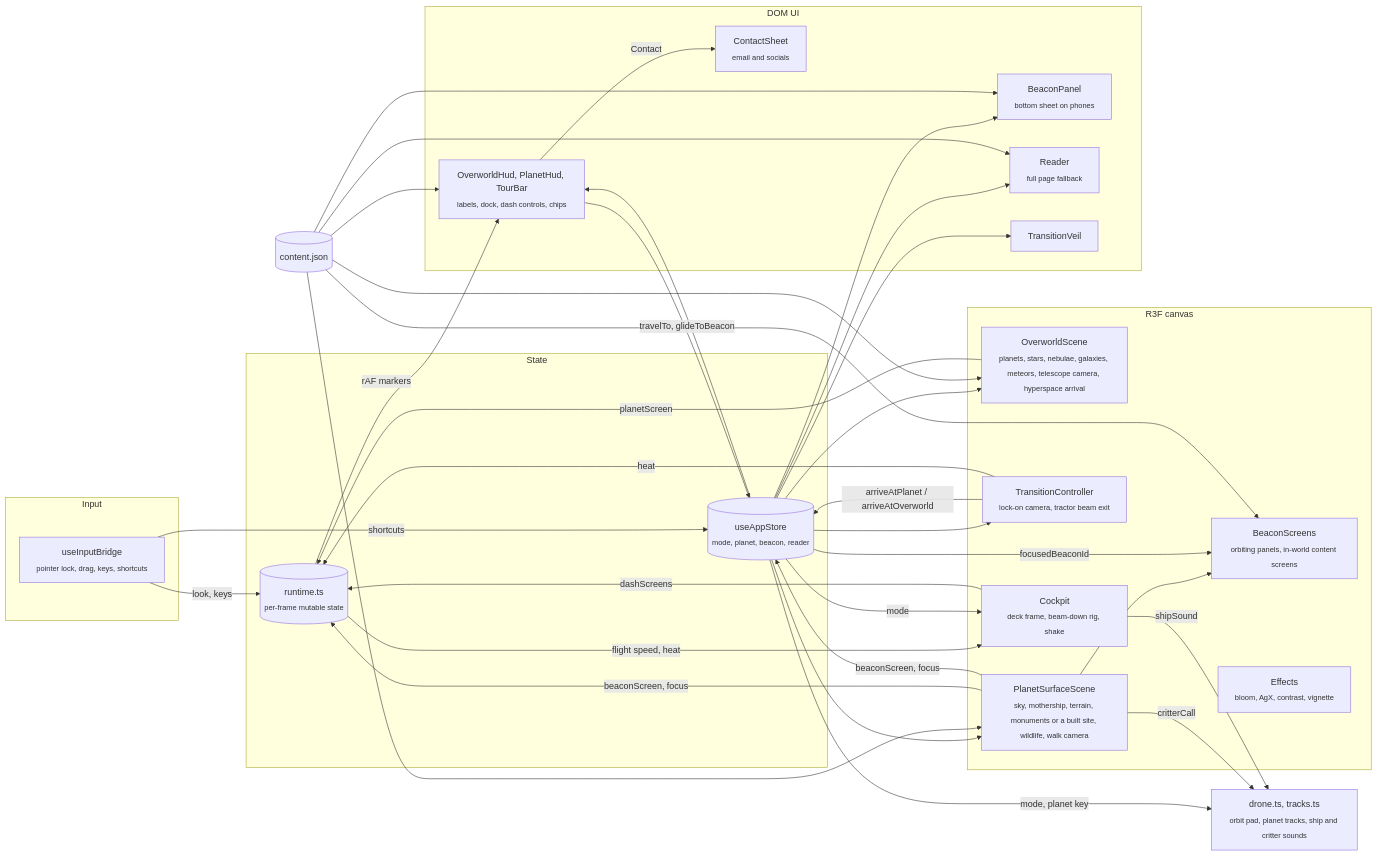
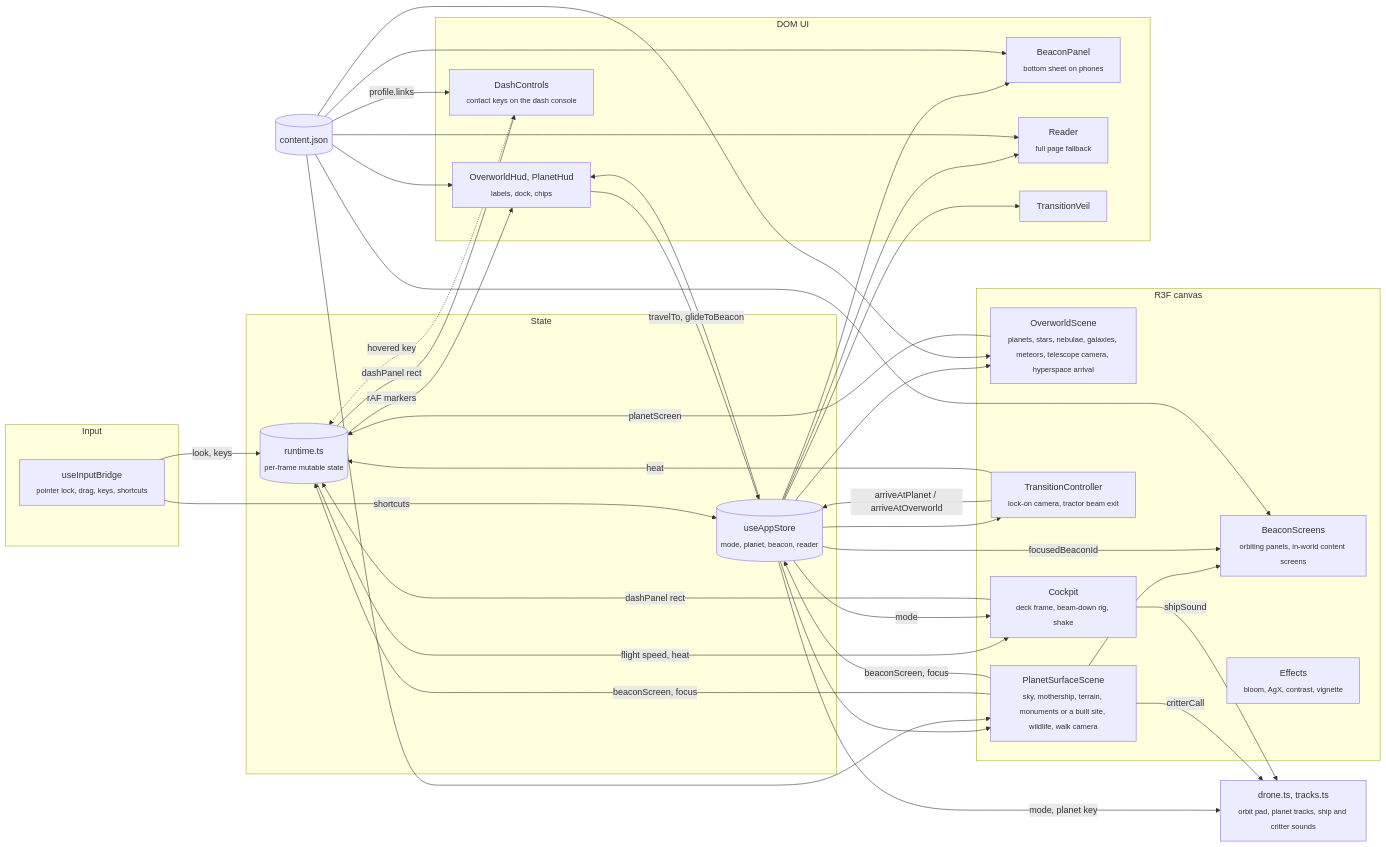
One commit to teddycitrus/portfolio changed the first of 2 diagrams in README.md. Above: the diagram before and after it, drawn with Mermaid. The commit also changed other lines of this file and 16 other files, not shown here.

Commit message:
added contact console with logo keys and resume, removed tour

````diff
--- a/README.md
+++ b/README.md
@@ -19,47 +19,49 @@
 ```mermaid
 flowchart LR
   subgraph Input
     bridge["useInputBridge<br/><sub>pointer lock, drag, keys, shortcuts</sub>"]
   end
   subgraph State
     store[("useAppStore<br/><sub>mode, planet, beacon, reader</sub>")]
     runtime[("runtime.ts<br/><sub>per-frame mutable state</sub>")]
   end
   subgraph Canvas["R3F canvas"]
     overworld["OverworldScene<br/><sub>planets, stars, nebulae, galaxies, meteors, telescope camera, hyperspace arrival</sub>"]
     surface["PlanetSurfaceScene<br/><sub>sky, mothership, terrain, monuments or a built site, wildlife, walk camera</sub>"]
     screens["BeaconScreens<br/><sub>orbiting panels, in-world content screens</sub>"]
     transition["TransitionController<br/><sub>lock-on camera, tractor beam exit</sub>"]
     ship["Cockpit<br/><sub>deck frame, beam-down rig, shake</sub>"]
     fx["Effects<br/><sub>bloom, AgX, contrast, vignette</sub>"]
   end
   subgraph DOM["DOM UI"]
-    hud["OverworldHud, PlanetHud, TourBar<br/><sub>labels, dock, dash controls, chips</sub>"]
-    contact["ContactSheet<br/><sub>email and socials</sub>"]
+    hud["OverworldHud, PlanetHud<br/><sub>labels, dock, chips</sub>"]
+    contact["DashControls<br/><sub>contact keys on the dash console</sub>"]
     panel["BeaconPanel<br/><sub>bottom sheet on phones</sub>"]
     reader["Reader<br/><sub>full page fallback</sub>"]
     veil["TransitionVeil"]
   end
   content[("content.json")]
   drone["drone.ts, tracks.ts<br/><sub>orbit pad, planet tracks, ship and critter sounds</sub>"]
 
   bridge -->|"look, keys"| runtime
   bridge -->|"shortcuts"| store
   store --> overworld & surface & transition & hud & panel & reader & veil
   overworld -->|"planetScreen"| runtime
   surface -->|"beaconScreen, focus"| runtime & store
   runtime -->|"rAF markers"| hud
   surface --> screens
   surface -->|"critterCall"| drone
   store -->|"focusedBeaconId"| screens
   store -->|"mode, planet key"| drone
   content --> overworld & surface & hud & panel & reader & screens
   hud -->|"travelTo, glideToBeacon"| store
   transition -->|"arriveAtPlanet / arriveAtOverworld"| store
   transition -->|"heat"| runtime
   runtime -->|"flight speed, heat"| ship
   store -->|"mode"| ship
   ship -->|"shipSound"| drone
-  ship -->|"dashScreens"| runtime
-  hud -->|"Contact"| contact
+  ship -->|"dashPanel rect"| runtime
+  runtime -->|"dashPanel rect"| contact
+  contact -.->|"hovered key"| runtime
+  content -->|"profile.links"| contact
 ```
````
